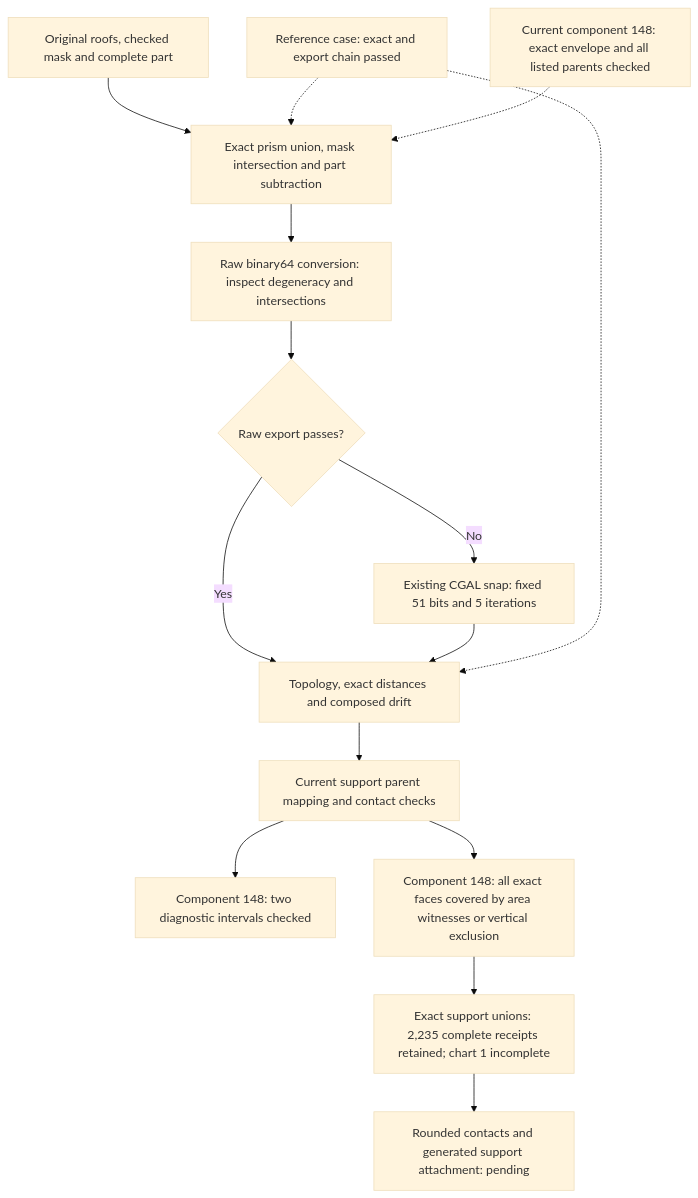
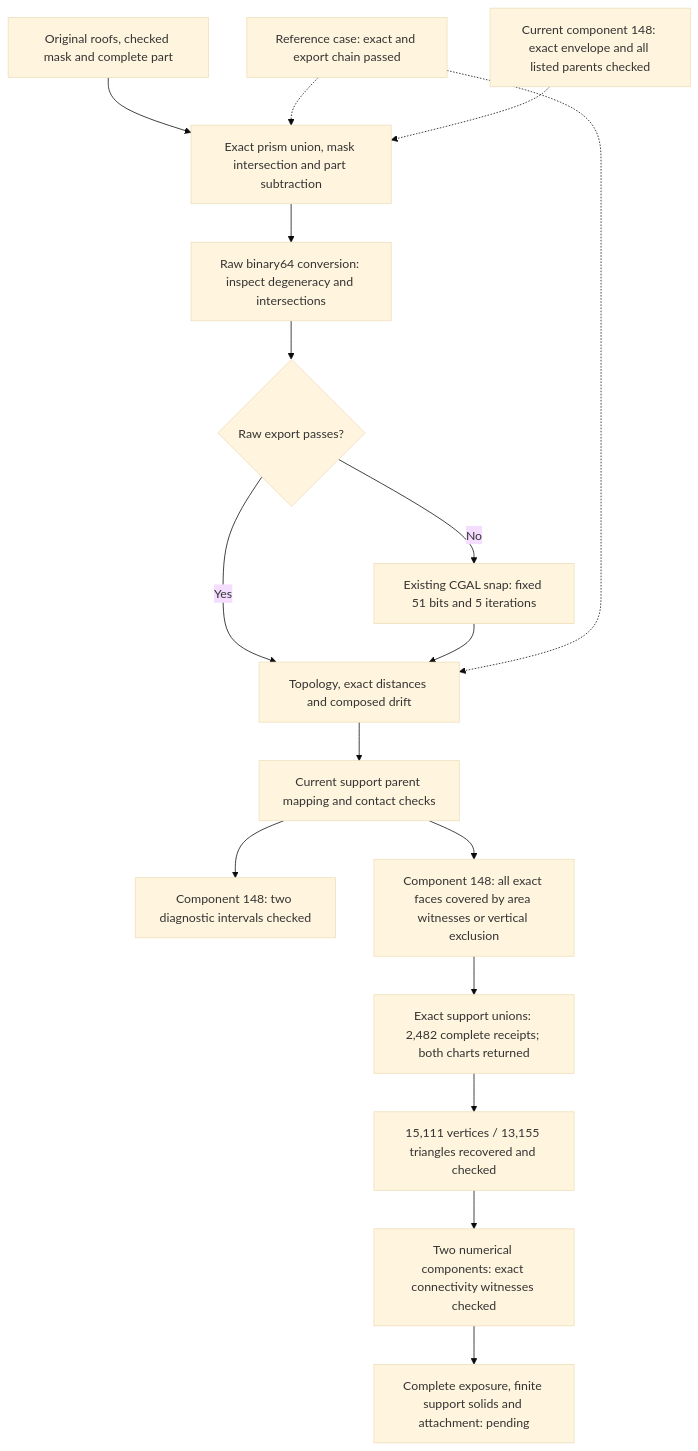
One commit to cluster2600/porscheparts changed the diagram in docs/reports/carrier-current-support-projection-20261107.md. Above: the diagram before and after it, drawn with Mermaid (base theme). The commit also changed other lines of this file and 8 other files, not shown here.

Commit message:
Record H10 checkpoint, support connectivity and PySLM relocation

````diff
--- a/docs/reports/carrier-current-support-projection-20261107.md
+++ b/docs/reports/carrier-current-support-projection-20261107.md
@@ -420,17 +483,19 @@
 ```mermaid
 flowchart TB
     INPUT["Original roofs, checked mask and complete part"] --> EXACT["Exact prism union, mask intersection and part subtraction"]
     EXACT --> RAW["Raw binary64 conversion: inspect degeneracy and intersections"]
     RAW --> EXPORT{"Raw export passes?"}
     EXPORT -->|"No"| SNAP["Existing CGAL snap: fixed 51 bits and 5 iterations"]
     EXPORT -->|"Yes"| CHECK
     SNAP --> CHECK["Topology, exact distances and composed drift"]
     CHECK --> CONTACT["Current support parent mapping and contact checks"]
     CONTACT --> SECTION["Component 148: two diagnostic intervals checked"]
     CONTACT --> FULL["Component 148: all exact faces covered by area witnesses or vertical exclusion"]
-    FULL --> UNIONS["Exact support unions: 2,235 complete receipts retained; chart 1 incomplete"]
-    UNIONS --> MATERIAL["Rounded contacts and generated support attachment: pending"]
+    FULL --> UNIONS["Exact support unions: 2,482 complete receipts; both charts returned"]
+    UNIONS --> SHEETS["15,111 vertices / 13,155 triangles recovered and checked"]
+    SHEETS --> GRAPH["Two numerical components: exact connectivity witnesses checked"]
+    GRAPH --> MATERIAL["Complete exposure, finite support solids and attachment: pending"]
     CONTROL["Reference case: exact and export chain passed"] -.-> EXACT
     CONTROL -.-> CHECK
     CURRENT["Current component 148: exact envelope and all listed parents checked"] -.-> EXACT
 ```
````
